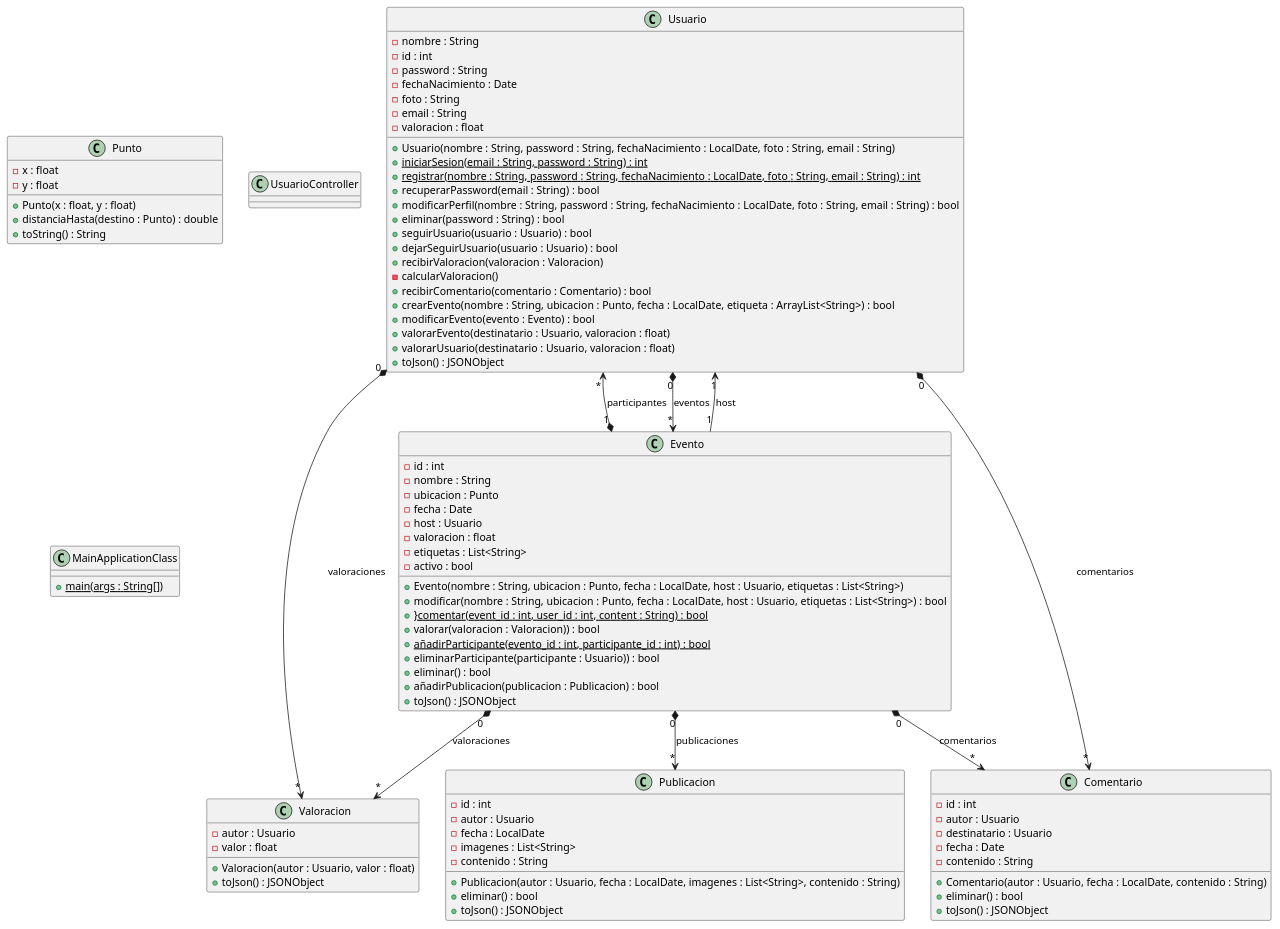
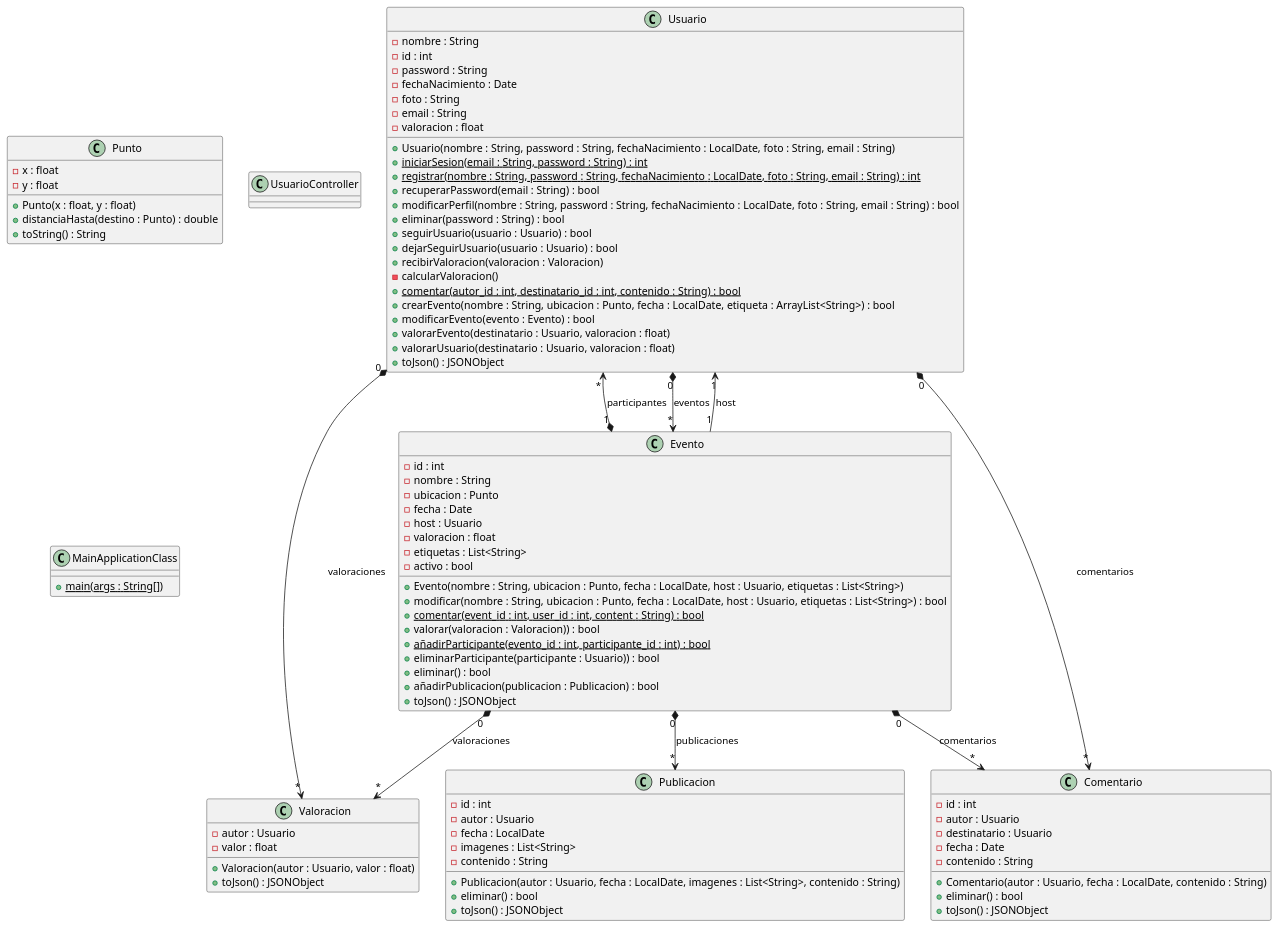
One commit to prieetoo/FindMyParty changed the diagram in backend/Diagramas/Diagrama clases.puml. Above: the diagram before and after it, drawn with PlantUML. The commit also changed 10 other files, not shown here.

```diff
--- a/backend/Diagramas/Diagrama clases.puml
+++ b/backend/Diagramas/Diagrama clases.puml
@@ -1,101 +1,101 @@
 @startuml
 class Usuario {
   - nombre : String
   - id : int
   - password : String
   - fechaNacimiento : Date
   - foto : String
   - email : String
   - valoracion : float
   + Usuario(nombre : String, password : String, fechaNacimiento : LocalDate, foto : String, email : String)
   + {static} iniciarSesion(email : String, password : String) : int
   + {static} registrar(nombre : String, password : String, fechaNacimiento : LocalDate, foto : String, email : String) : int
   + recuperarPassword(email : String) : bool
   + modificarPerfil(nombre : String, password : String, fechaNacimiento : LocalDate, foto : String, email : String) : bool
   + eliminar(password : String) : bool
   + seguirUsuario(usuario : Usuario) : bool
   + dejarSeguirUsuario(usuario : Usuario) : bool
   + recibirValoracion(valoracion : Valoracion)
   - calcularValoracion()
-  + recibirComentario(comentario : Comentario) : bool
+  + {static} comentar(autor_id : int, destinatario_id : int, contenido : String) : bool
   + crearEvento(nombre : String, ubicacion : Punto, fecha : LocalDate, etiqueta : ArrayList<String>) : bool
   + modificarEvento(evento : Evento) : bool
   + valorarEvento(destinatario : Usuario, valoracion : float)
   + valorarUsuario(destinatario : Usuario, valoracion : float)
   + toJson() : JSONObject
 }
 
 class Evento {
   - id : int
   - nombre : String
   - ubicacion : Punto
   - fecha : Date
   - host : Usuario
   - valoracion : float
   - etiquetas : List<String>
   - activo : bool
   + Evento(nombre : String, ubicacion : Punto, fecha : LocalDate, host : Usuario, etiquetas : List<String>)
   + modificar(nombre : String, ubicacion : Punto, fecha : LocalDate, host : Usuario, etiquetas : List<String>) : bool
-  + {static} }comentar(event_id : int, user_id : int, content : String) : bool
+  + {static} comentar(event_id : int, user_id : int, content : String) : bool
   + valorar(valoracion : Valoracion)) : bool
   + {static} añadirParticipante(evento_id : int, participante_id : int) : bool
   + eliminarParticipante(participante : Usuario)) : bool
   + eliminar() : bool
   + añadirPublicacion(publicacion : Publicacion) : bool
   + toJson() : JSONObject
 }
 
 class Publicacion {
   - id : int
   - autor : Usuario
   - fecha : LocalDate
   - imagenes : List<String>
   - contenido : String
   + Publicacion(autor : Usuario, fecha : LocalDate, imagenes : List<String>, contenido : String)
   + eliminar() : bool
   + toJson() : JSONObject
 }
 
 class Comentario {
   - id : int
   - autor : Usuario
   - destinatario : Usuario
   - fecha : Date
   - contenido : String
   + Comentario(autor : Usuario, fecha : LocalDate, contenido : String)
   + eliminar() : bool
   + toJson() : JSONObject
 }
 
 class Valoracion {
   - autor : Usuario
   - valor : float
   + Valoracion(autor : Usuario, valor : float)
   + toJson() : JSONObject
 }
 
 class Punto {
   - x : float
   - y : float
   + Punto(x : float, y : float)
   + distanciaHasta(destino : Punto) : double
   + toString() : String
 }
 
 class UsuarioController {
 
 }
 
 class MainApplicationClass {
   + {static} main(args : String[])
 }
 
 Usuario "0" *--> "*" Evento : eventos
 Evento "1" --> "1" Usuario : host
 Evento "0" *--> "*" Publicacion : publicaciones
 Evento "1" *--> "*" Usuario : participantes
 Evento "0" *--> "*" Comentario : comentarios
 Usuario "0" *--> "*" Comentario : comentarios
 Evento "0" *--> "*" Valoracion : valoraciones
 Usuario "0" *--> "*" Valoracion : valoraciones
 @enduml
```
